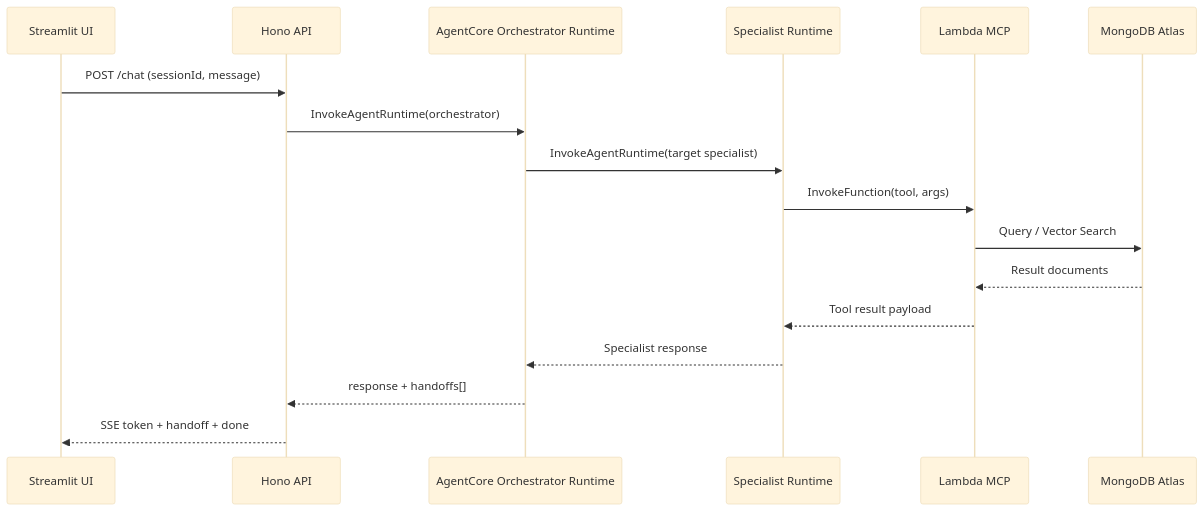
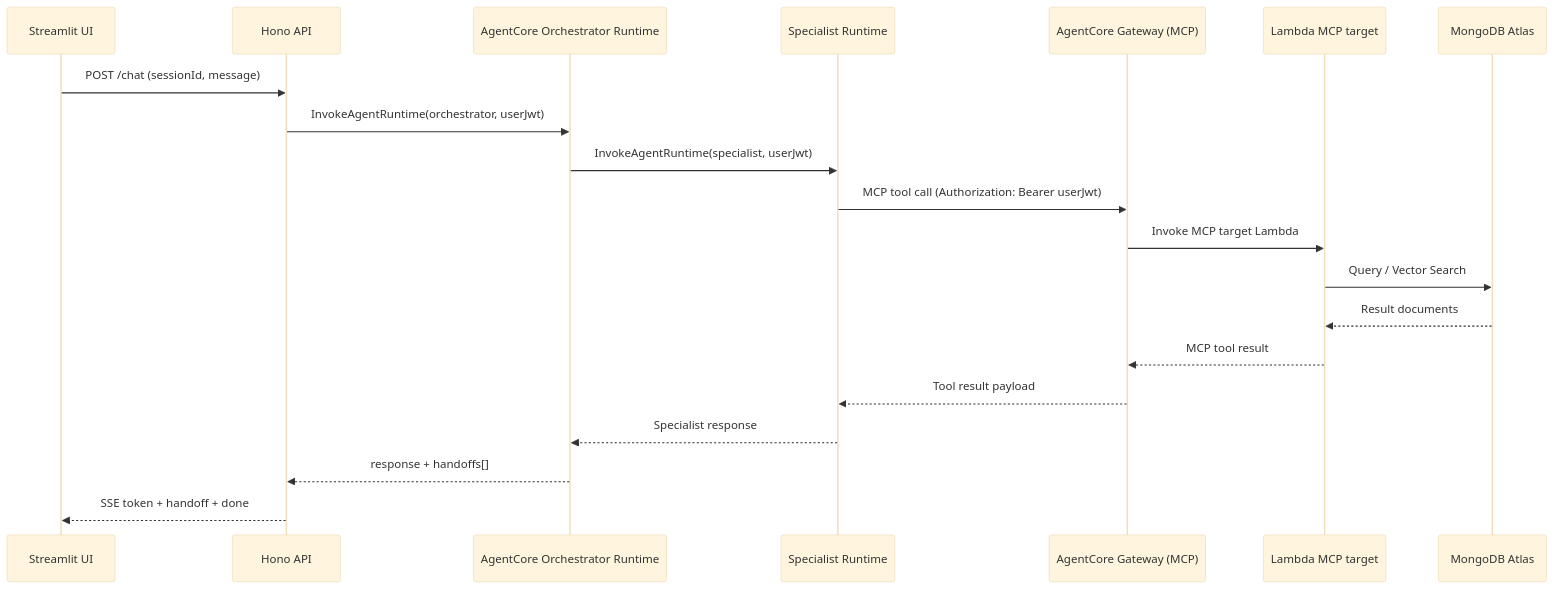
Before and after one commit to mongodb-partners/Multi-Agent-Architectural-Guidance-Bedrock-AgentCore: the second of 2 diagrams in docs/FROZEN_E2E_DESIGN.md, drawn with Mermaid (base theme). The commit also changed other lines of this file and 223 other files, not shown here.

````diff
--- a/docs/FROZEN_E2E_DESIGN.md
+++ b/docs/FROZEN_E2E_DESIGN.md
@@ -98,20 +95,23 @@
 ```mermaid
 sequenceDiagram
   participant UI as Streamlit UI
   participant API as Hono API
   participant ORCH as AgentCore Orchestrator Runtime
   participant SPEC as Specialist Runtime
-  participant L as Lambda MCP
+  participant GW as AgentCore Gateway (MCP)
+  participant L as Lambda MCP target
   participant DB as MongoDB Atlas
 
   UI->>API: POST /chat (sessionId, message)
-  API->>ORCH: InvokeAgentRuntime(orchestrator)
-  ORCH->>SPEC: InvokeAgentRuntime(target specialist)
-  SPEC->>L: InvokeFunction(tool, args)
+  API->>ORCH: InvokeAgentRuntime(orchestrator, userJwt)
+  ORCH->>SPEC: InvokeAgentRuntime(specialist, userJwt)
+  SPEC->>GW: MCP tool call (Authorization: Bearer userJwt)
+  GW->>L: Invoke MCP target Lambda
   L->>DB: Query / Vector Search
   DB-->>L: Result documents
-  L-->>SPEC: Tool result payload
+  L-->>GW: MCP tool result
+  GW-->>SPEC: Tool result payload
   SPEC-->>ORCH: Specialist response
   ORCH-->>API: response + handoffs[]
   API-->>UI: SSE token + handoff + done
 ```
````
